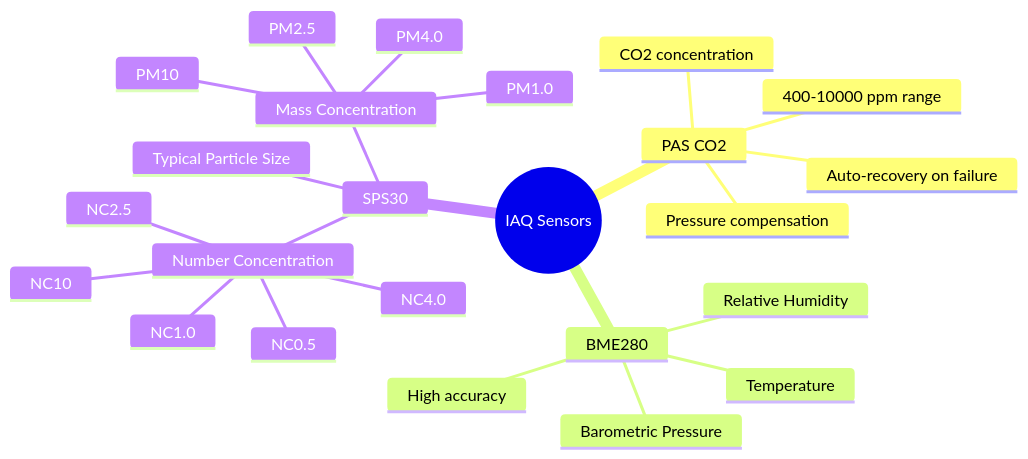
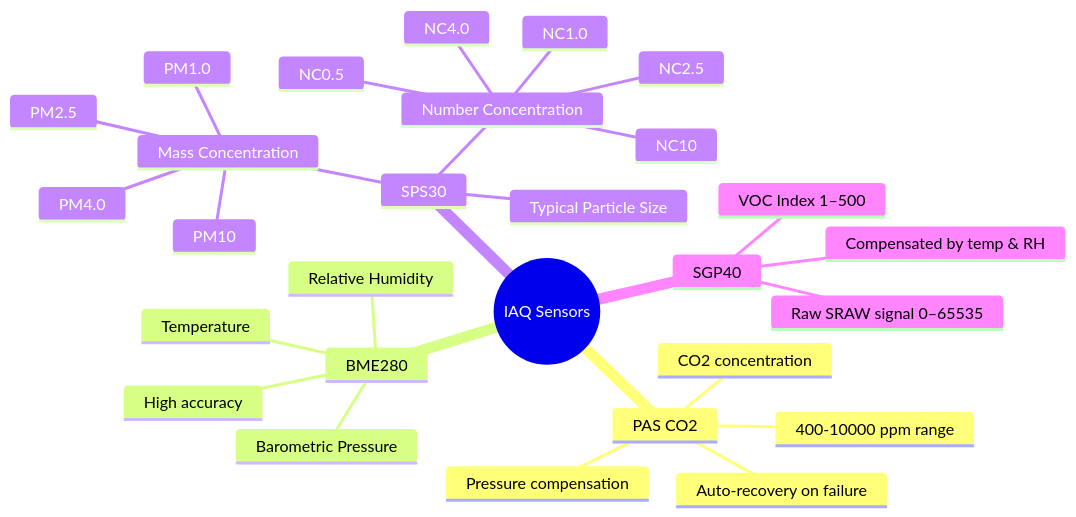
Before and after one commit to kuvychko/env_monitoring: the third of 21 diagrams in docs/architecture.md, drawn with Mermaid. The commit also changed other lines of this file and 13 other files, not shown here.

````diff
--- a/docs/architecture.md
+++ b/docs/architecture.md
@@ -92,27 +101,31 @@
 ```mermaid
 mindmap
     root((IAQ Sensors))
         PAS CO2
             CO2 concentration
             400-10000 ppm range
             Pressure compensation
             Auto-recovery on failure
         BME280
             Temperature
             Relative Humidity
             Barometric Pressure
             High accuracy
         SPS30
             Mass Concentration
                 PM1.0
                 PM2.5
                 PM4.0
                 PM10
             Number Concentration
                 NC0.5
                 NC1.0
                 NC2.5
                 NC4.0
                 NC10
             Typical Particle Size
+        SGP40
+            Raw SRAW signal 0–65535
+            VOC Index 1–500
+            Compensated by temp & RH
 ```
````
